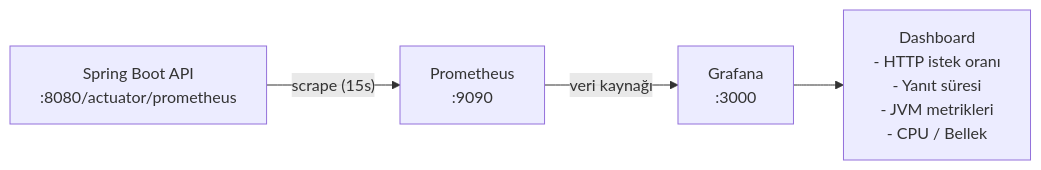
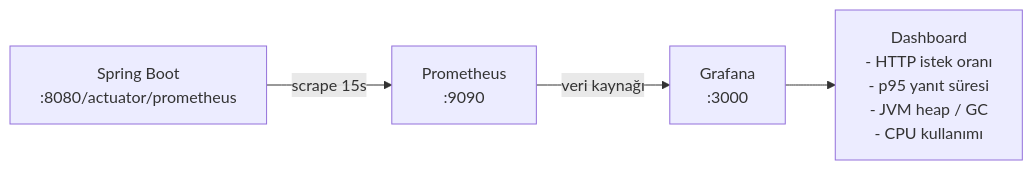
The fifth of 6 diagrams in docs/technical-report.md (farukomerg/PetCare-Tracer), drawn with Mermaid before and after one commit. The commit also changed other lines of this file and 112 other files, not shown here.

````diff
--- a/docs/technical-report.md
+++ b/docs/technical-report.md
@@ -267,6 +328,11 @@
 ```mermaid
 flowchart LR
-    API["Spring Boot API\n:8080/actuator/prometheus"] -->|"scrape (15s)"| PROM["Prometheus\n:9090"]
-    PROM -->|"veri kaynağı"| GRAFANA["Grafana\n:3000"]
-    GRAFANA --> DASH["Dashboard\n- HTTP istek oranı\n- Yanıt süresi\n- JVM metrikleri\n- CPU / Bellek"]
+    API["Spring Boot\n:8080/actuator/prometheus"]
+    PROM["Prometheus\n:9090"]
+    GRAFANA["Grafana\n:3000"]
+    DASH["Dashboard\n- HTTP istek oranı\n- p95 yanıt süresi\n- JVM heap / GC\n- CPU kullanımı"]
+
+    API -->|"scrape 15s"| PROM
+    PROM -->|"veri kaynağı"| GRAFANA
+    GRAFANA --> DASH
 ```
````
